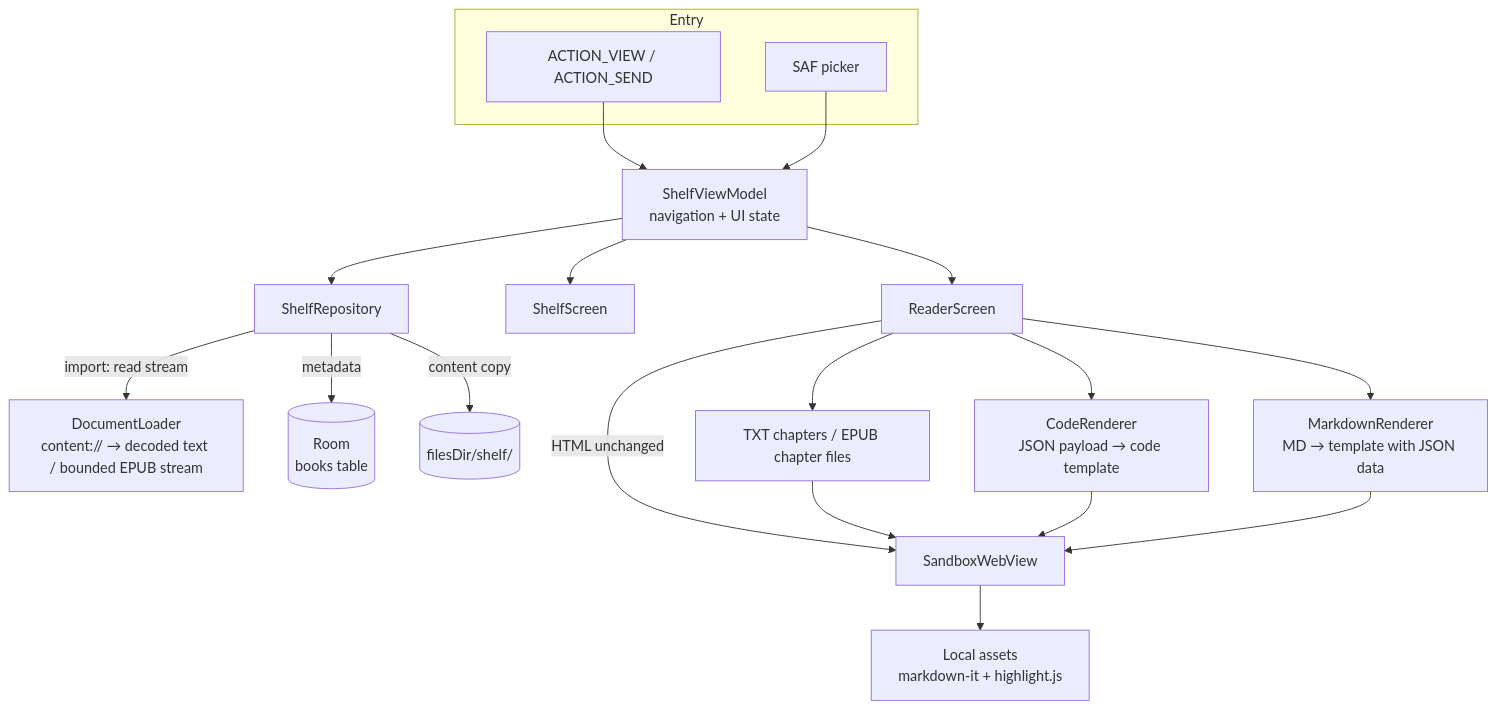
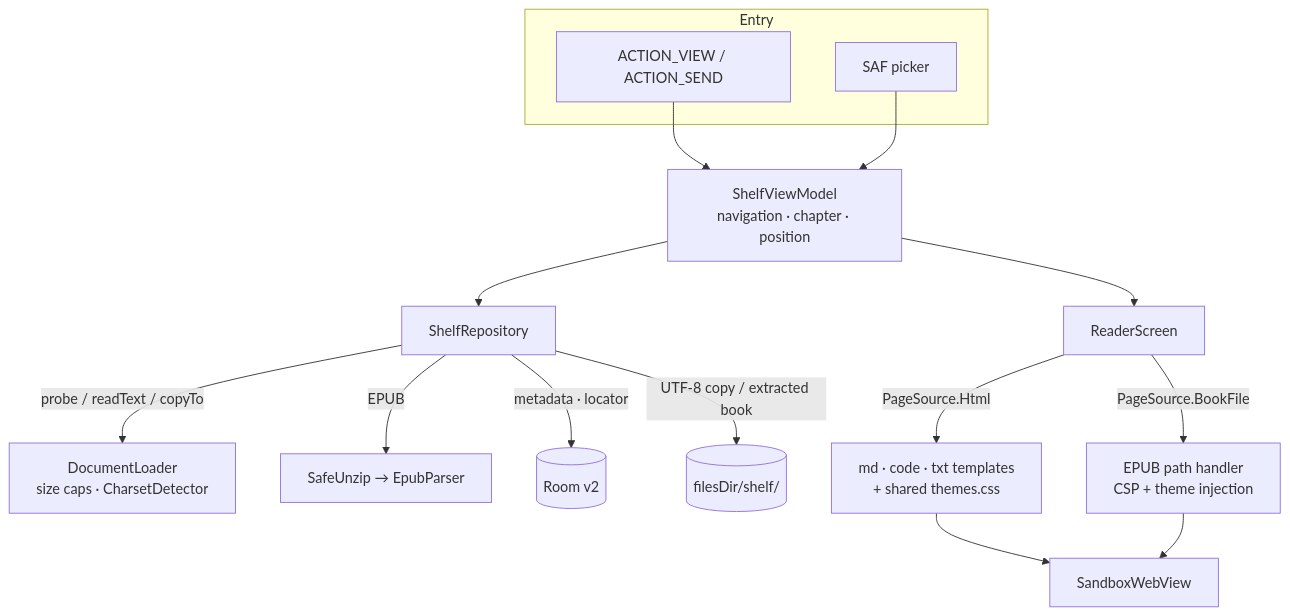
The diagram in README.md (Zer0Rin/yhviewer), drawn with Mermaid before and after one commit. The commit also changed other lines of this file and 9 other files, not shown here.

````diff
--- a/README.md
+++ b/README.md
@@ -94,23 +77,19 @@
 ```mermaid
 flowchart TB
     subgraph Entry
         Intent["ACTION_VIEW / ACTION_SEND"]
         Picker["SAF picker"]
     end
     Intent --> VM
     Picker --> VM
-    VM["ShelfViewModel<br/>navigation + UI state"] --> Repo["ShelfRepository"]
-    Repo -->|"import: read stream"| Loader["DocumentLoader<br/>content:// → decoded text / bounded EPUB stream"]
-    Repo -->|"metadata"| Room[("Room<br/>books table")]
-    Repo -->|"content copy"| Files[("filesDir/shelf/")]
-    VM --> Shelf["ShelfScreen"]
+    VM["ShelfViewModel<br/>navigation · chapter · position"] --> Repo["ShelfRepository"]
+    Repo -->|"probe / readText / copyTo"| Loader["DocumentLoader<br/>size caps · CharsetDetector"]
+    Repo -->|"EPUB"| Epub["SafeUnzip → EpubParser"]
+    Repo -->|"metadata · locator"| Room[("Room v2")]
+    Repo -->|"UTF-8 copy / extracted book"| Files[("filesDir/shelf/")]
     VM --> Reader["ReaderScreen"]
-    Reader --> MD["MarkdownRenderer<br/>MD → template with JSON data"]
-    Reader -->|"HTML unchanged"| Sandbox["SandboxWebView"]
-    Reader --> Books["TXT chapters / EPUB chapter files"]
-    Reader --> Code["CodeRenderer<br/>JSON payload → code template"]
-    Books --> Sandbox
-    Code --> Sandbox
-    MD --> Sandbox
-    Sandbox --> Assets["Local assets<br/>markdown-it + highlight.js"]
+    Reader -->|"PageSource.Html"| Templates["md · code · txt templates<br/>+ shared themes.css"]
+    Reader -->|"PageSource.BookFile"| BookHandler["EPUB path handler<br/>CSP + theme injection"]
+    Templates --> Sandbox["SandboxWebView"]
+    BookHandler --> Sandbox
 ```
````
